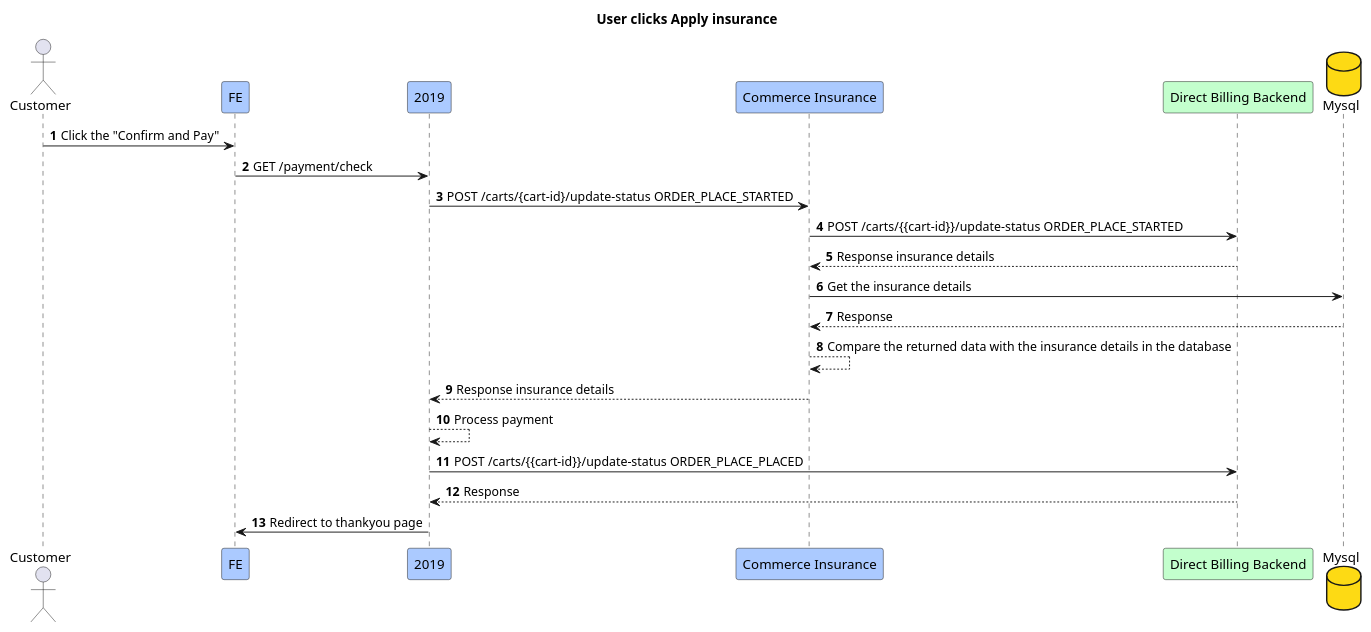
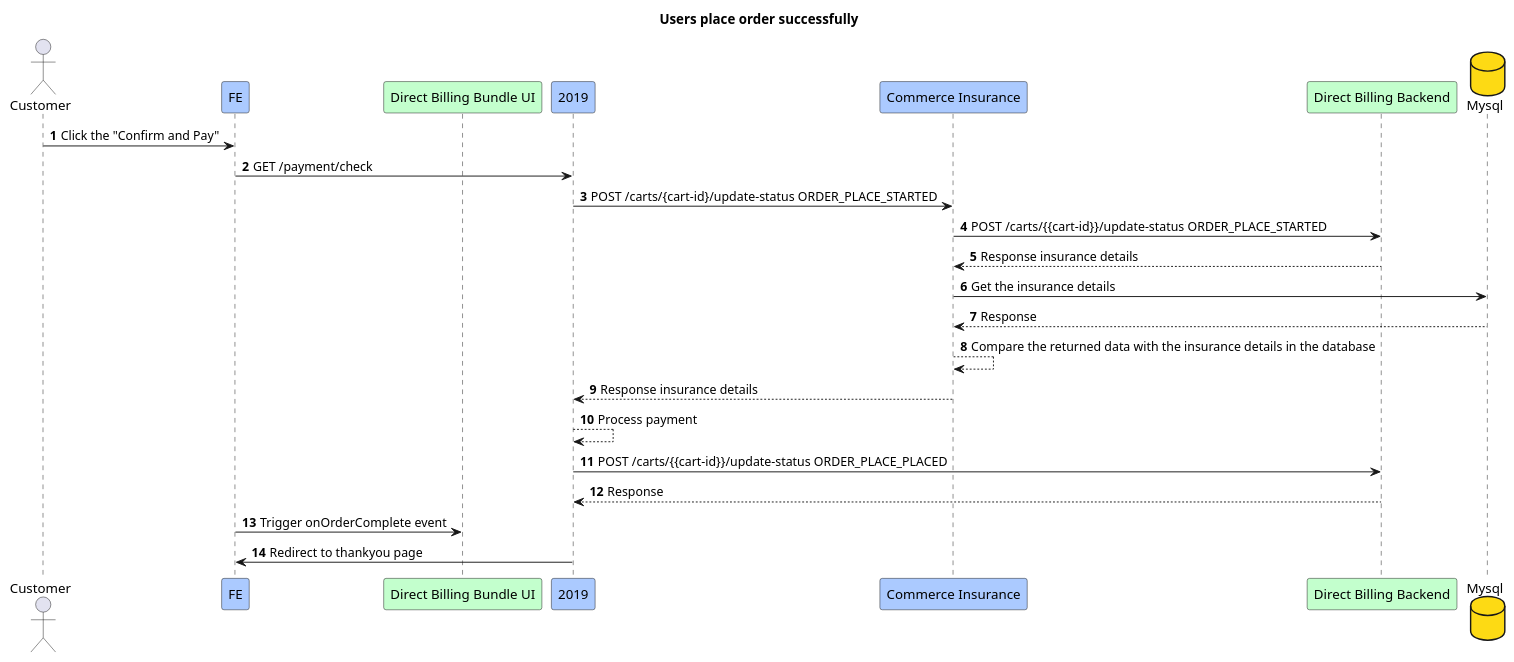
Before and after one commit to Jayounger/EyeMed-Sequence-Diagram: the diagram in 15.Customer places order successfully.puml, drawn with PlantUML. The commit also changed 14 other files, not shown here.

Commit message:
update diagram

```diff
--- a/15.Customer places order successfully.puml
+++ b/15.Customer places order successfully.puml
@@ -1,26 +1,28 @@
 @startuml
-title User clicks Apply insurance
+title Users place order successfully
 actor Customer
 participant FE #abcaff
+participant "Direct Billing Bundle UI" #c3ffcd
 participant "2019" #abcaff
 participant "Commerce Insurance" #abcaff
 participant "Direct Billing Backend" #c3ffcd
 database "Mysql" #fdda14
 
 autonumber
 Customer -> FE:Click the "Confirm and Pay"
 FE -> 2019:GET /payment/check
 2019 -> "Commerce Insurance":POST /carts/{cart-id}/update-status ORDER_PLACE_STARTED
 "Commerce Insurance" -> "Direct Billing Backend":POST /carts/{{cart-id}}/update-status ORDER_PLACE_STARTED
 "Direct Billing Backend" --> "Commerce Insurance":Response insurance details
 "Commerce Insurance" -> "Mysql":Get the insurance details
 "Mysql" --> "Commerce Insurance":Response
 "Commerce Insurance" --> "Commerce Insurance" :Compare the returned data with the insurance details in the database
 "Commerce Insurance"  --> 2019:Response insurance details
 
 2019 --> 2019:Process payment
 2019 -> "Direct Billing Backend":POST /carts/{{cart-id}}/update-status ORDER_PLACE_PLACED
 "Direct Billing Backend" --> 2019:Response
+FE -> "Direct Billing Bundle UI":Trigger onOrderComplete event
 2019 -> FE:Redirect to thankyou page
 
 @enduml
```
